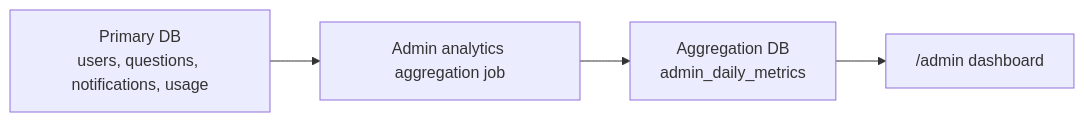
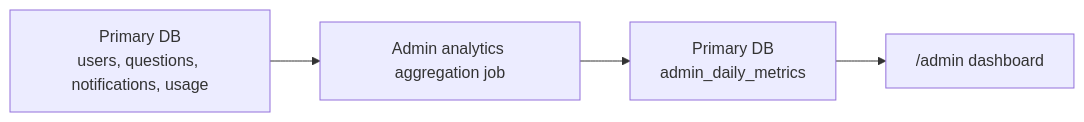
The diagram in docs/ADMIN_ANALYTICS_AGGREGATION.md (ghkdqhrbals/buddy-studdy), drawn with Mermaid before and after one commit. The commit also changed other lines of this file and 7 other files, not shown here.

````diff
--- a/docs/ADMIN_ANALYTICS_AGGREGATION.md
+++ b/docs/ADMIN_ANALYTICS_AGGREGATION.md
@@ -22,6 +24,6 @@
 ```mermaid
 flowchart LR
     Source["Primary DB\nusers, questions, notifications, usage"] --> Job["Admin analytics aggregation job"]
-    Job --> Agg["Aggregation DB\nadmin_daily_metrics"]
+    Job --> Agg["Primary DB\nadmin_daily_metrics"]
     Agg --> Admin["/admin dashboard"]
 ```
````
